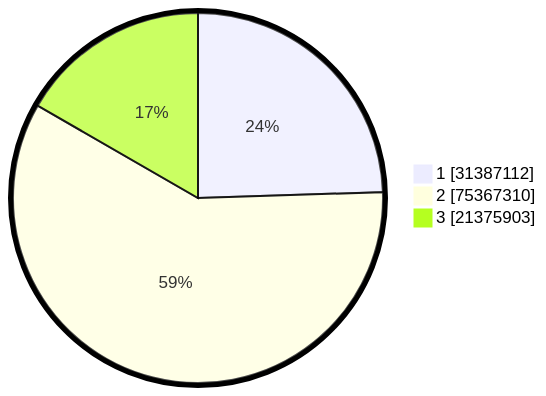
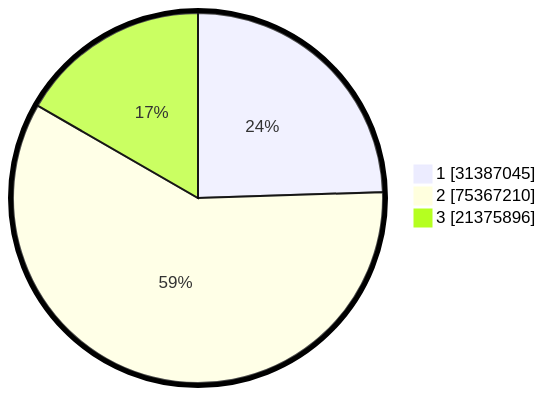
Before and after one commit to gigit-pemilu/pemilu-2024: the second of 2 diagrams in pilpres/hitung-suara/README.md, drawn with Mermaid. The commit also changed other lines of this file and 42 other files, not shown here.

````diff
--- a/pilpres/hitung-suara/README.md
+++ b/pilpres/hitung-suara/README.md
@@ -93,7 +93,7 @@
 ```mermaid
 %%{init: {"pie": {"textPosition": 0.5}, "themeVariables": {"pieOuterStrokeWidth": "5px"}} }%%
 pie showData
-    "1" : 31387112
-    "2" : 75367310
-    "3" : 21375903
+    "1" : 31387045
+    "2" : 75367210
+    "3" : 21375896
 ```
````
